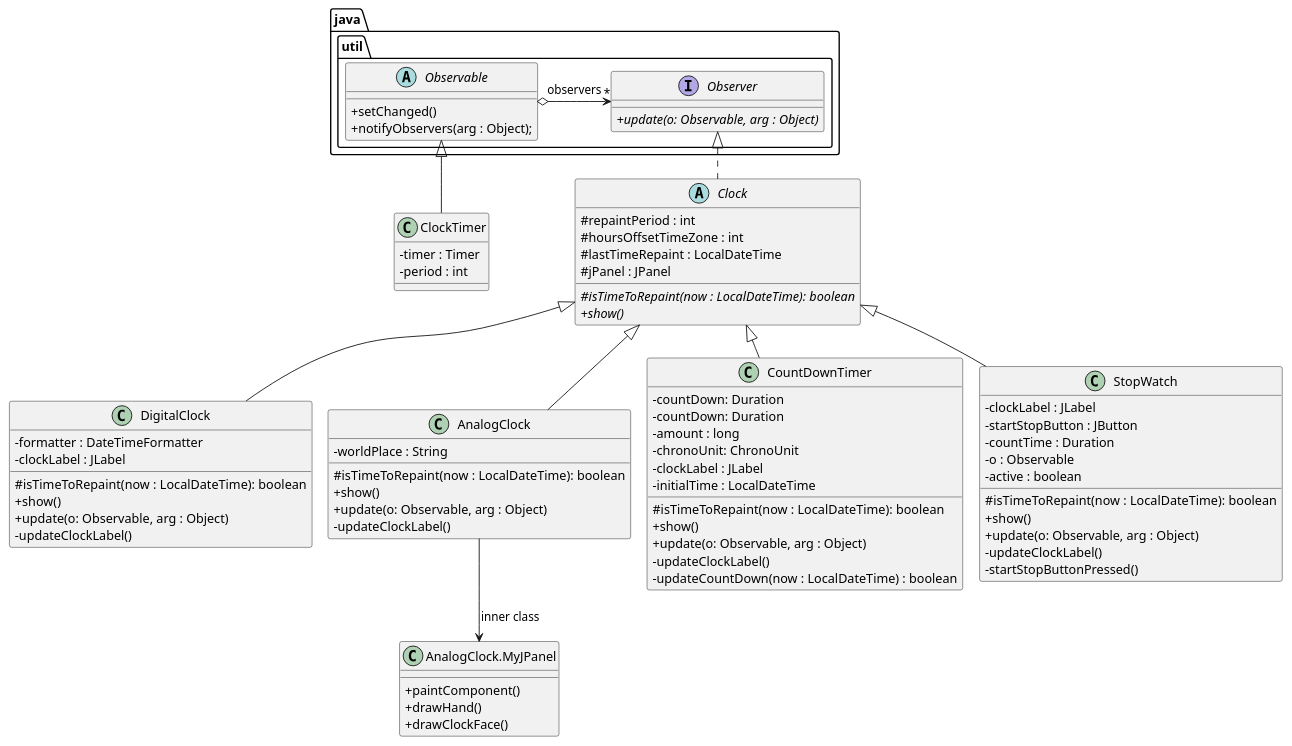
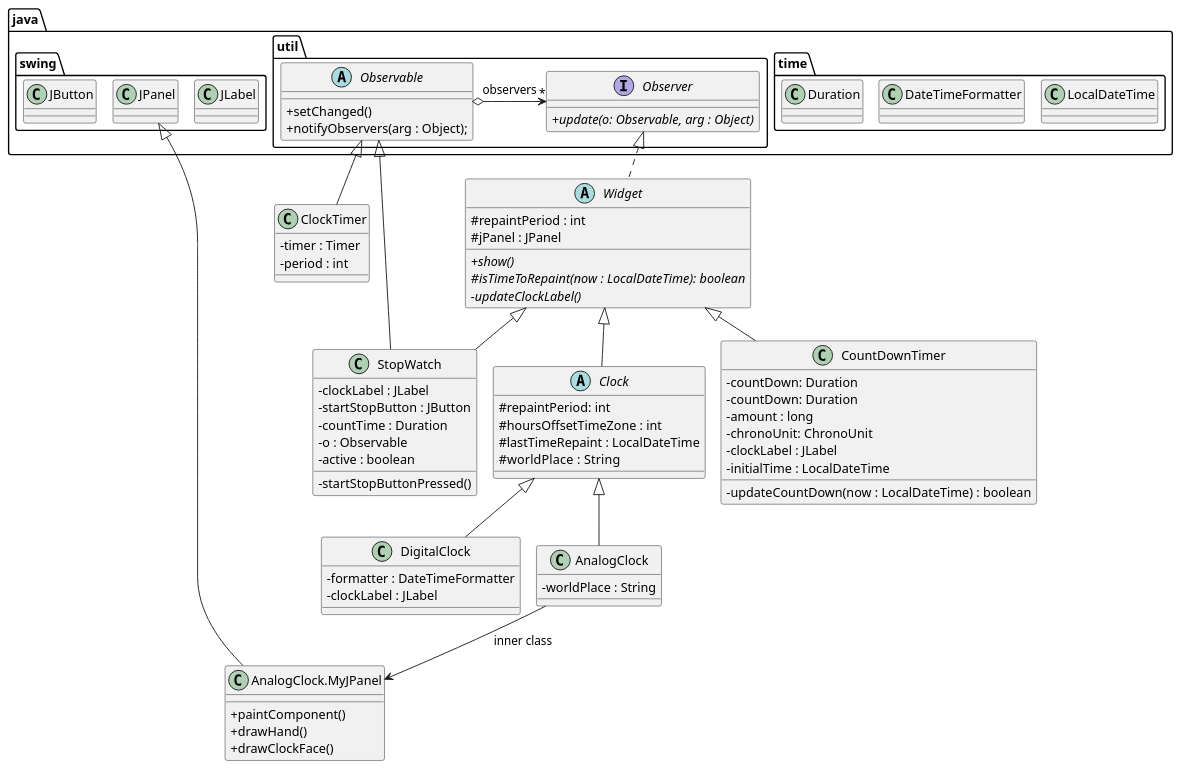
Before and after one commit to NIU1707994/DS: the diagram in clocks_java_students-main/observer_clock/observer_clock.puml, drawn with PlantUML. The commit also changed 1 other file, not shown here.

Commit message:
widget plantuml

```diff
--- a/clocks_java_students-main/observer_clock/observer_clock.puml
+++ b/clocks_java_students-main/observer_clock/observer_clock.puml
@@ -1,88 +1,99 @@
 @startuml
 'https://plantuml.com/class-diagram
 skinparam classAttributeIconSize 0
 !pragma layout smetana
 
-abstract Clock {
+abstract Widget {
 #repaintPeriod : int
+#jPanel : JPanel
+{abstract}+show()
+{abstract}#isTimeToRepaint(now : LocalDateTime): boolean
+{abstract}-updateClockLabel()
+}
+
+abstract Clock extends Widget{
+#repaintPeriod: int
 #hoursOffsetTimeZone : int
 #lastTimeRepaint : LocalDateTime
-#jPanel : JPanel
-{abstract}#isTimeToRepaint(now : LocalDateTime): boolean
-{abstract}+show()
+#worldPlace :  String
 }
 
 class ClockTimer {
-  - timer : Timer
-  - period : int
+- timer : Timer
+- period : int
+}
 
-}
 class DigitalClock extends Clock {
 -formatter : DateTimeFormatter
 -clockLabel : JLabel
-#isTimeToRepaint(now : LocalDateTime): boolean
-+show()
-+update(o: Observable, arg : Object)
--updateClockLabel()
 }
 
 class AnalogClock extends Clock {
 -worldPlace : String
-#isTimeToRepaint(now : LocalDateTime): boolean
-+show()
-+update(o: Observable, arg : Object)
--updateClockLabel()
 }
 
-class CountDownTimer extends Clock {
+class CountDownTimer extends Widget {
 -countDown: Duration
 -countDown: Duration
 -amount : long
 -chronoUnit: ChronoUnit
 -clockLabel : JLabel
 -initialTime : LocalDateTime
-#isTimeToRepaint(now : LocalDateTime): boolean
-+show()
-+update(o: Observable, arg : Object)
--updateClockLabel()
 -updateCountDown(now : LocalDateTime) : boolean
 }
 
-class StopWatch extends Clock {
+class StopWatch extends Widget {
 -clockLabel : JLabel
 -startStopButton : JButton
 -countTime : Duration
 -o : Observable
 -active : boolean
-#isTimeToRepaint(now : LocalDateTime): boolean
-+show()
-+update(o: Observable, arg : Object)
--updateClockLabel()
 -startStopButtonPressed()
 }
 
 
-class "AnalogClock.MyJPanel" as MyJPanel {
+class "AnalogClock.MyJPanel" as MyJPanel{
   + paintComponent()
   + drawHand()
   + drawClockFace()
 }
 
 AnalogClock --> MyJPanel : inner class
-package "java.util" {
+package "java" {
+
+package "time" {
+class LocalDateTime
+class DateTimeFormatter
+class Duration
+DateTimeFormatter -[hidden]right-> LocalDateTime
+}
+
+
+package "swing"{
+class JPanel
+class JLabel
+class JButton
+JPanel -[hidden]right-> JLabel
+}
+
+package "util" {
 abstract class Observable {
 +setChanged()
 +notifyObservers(arg : Object);
 }
 interface Observer{
 {abstract}+update(o: Observable, arg : Object)
 }
 
     Observable o-right->"*"Observer : observers
 }
+}
 
-Clock ..up|> Observer
+Widget ..up|> Observer
 ClockTimer --up|> Observable
 
+StopWatch --up|> Observable
+
+MyJPanel --up|> JPanel
 
 @enduml
```
